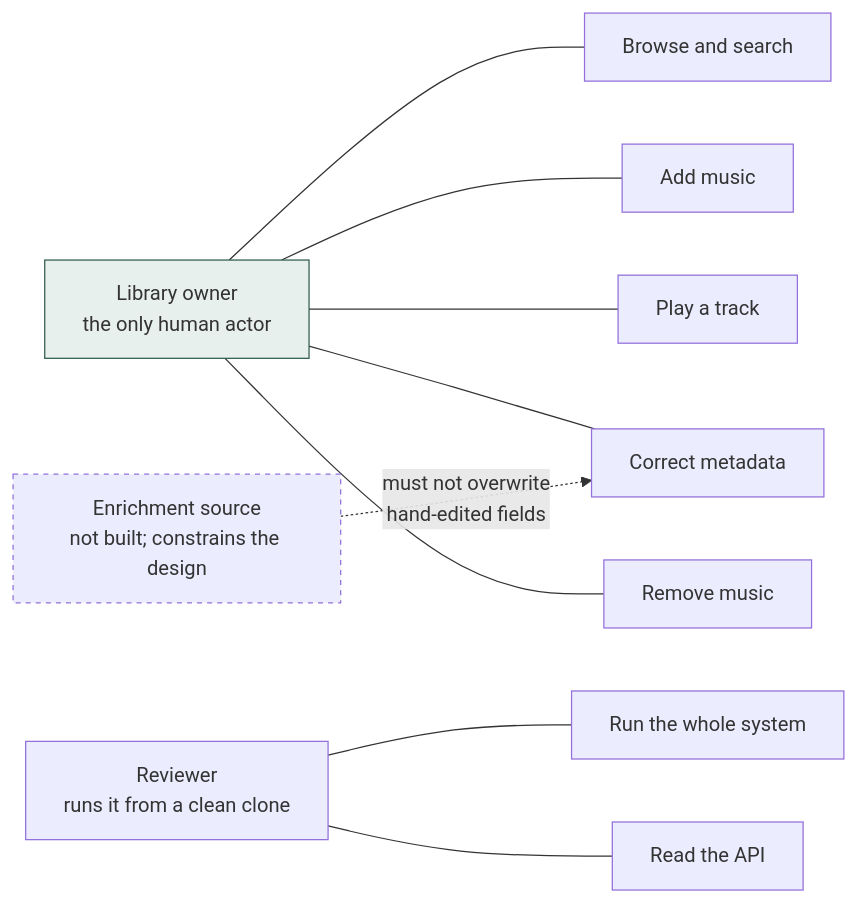
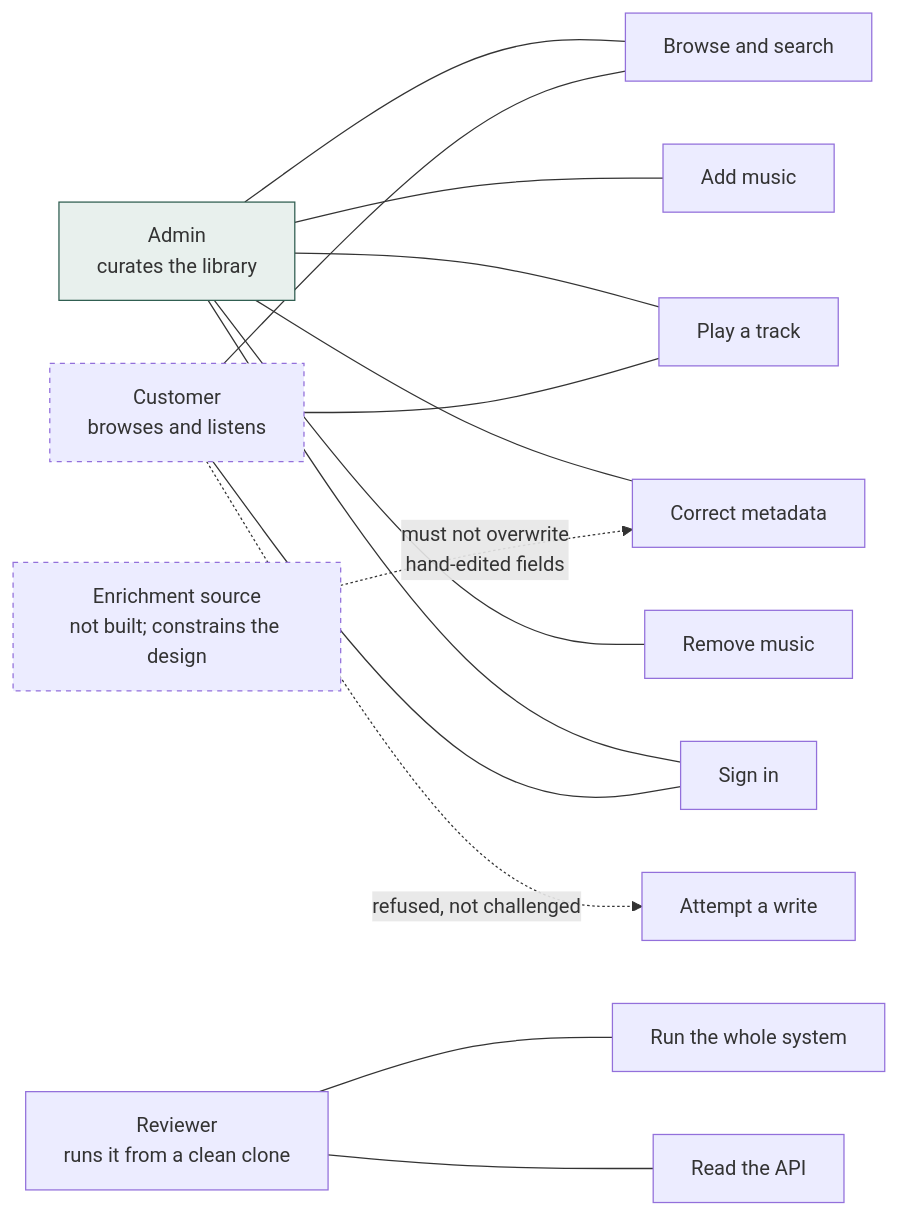
The diagram in docs/USE-CASES.md (kasinathnalla/music-library-excercise), drawn with Mermaid before and after one commit. The commit also changed other lines of this file and 17 other files, not shown here.

````diff
--- a/docs/USE-CASES.md
+++ b/docs/USE-CASES.md
@@ -16,18 +16,25 @@
 ```mermaid
 graph LR
-    LO["Library owner<br/>the only human actor"]
+    AD["Admin<br/>curates the library"]
+    CU["Customer<br/>browses and listens"]
     RV["Reviewer<br/>runs it from a clean clone"]
     EN["Enrichment source<br/>not built; constrains the design"]
 
-    LO --- UC1["Browse and search"]
-    LO --- UC2["Add music"]
-    LO --- UC3["Play a track"]
-    LO --- UC4["Correct metadata"]
-    LO --- UC5["Remove music"]
+    AD --- UC1["Browse and search"]
+    AD --- UC2["Add music"]
+    AD --- UC3["Play a track"]
+    AD --- UC4["Correct metadata"]
+    AD --- UC5["Remove music"]
+    CU --- UC1
+    CU --- UC3
+    AD --- UC9["Sign in"]
+    CU --- UC9
+    CU -.->|"refused, not challenged"| UC10["Attempt a write"]
     RV --- UC6["Run the whole system"]
     RV --- UC7["Read the API"]
     EN -.->|"must not overwrite<br/>hand-edited fields"| UC4
 
     style EN stroke-dasharray: 4 4
-    style LO fill:#e8f0ed,stroke:#2f5d50
+    style CU stroke-dasharray: 4 4
+    style AD fill:#e8f0ed,stroke:#2f5d50
 ```
````
